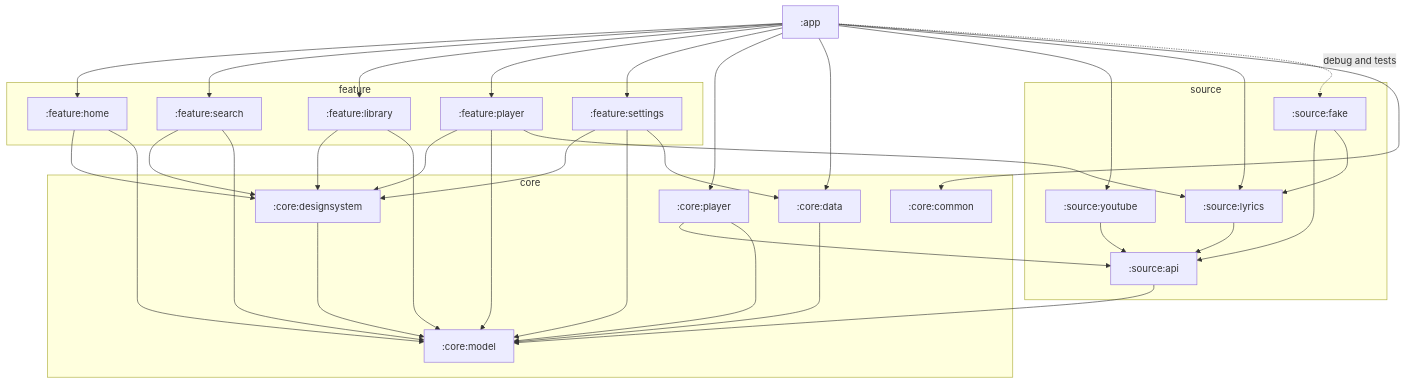
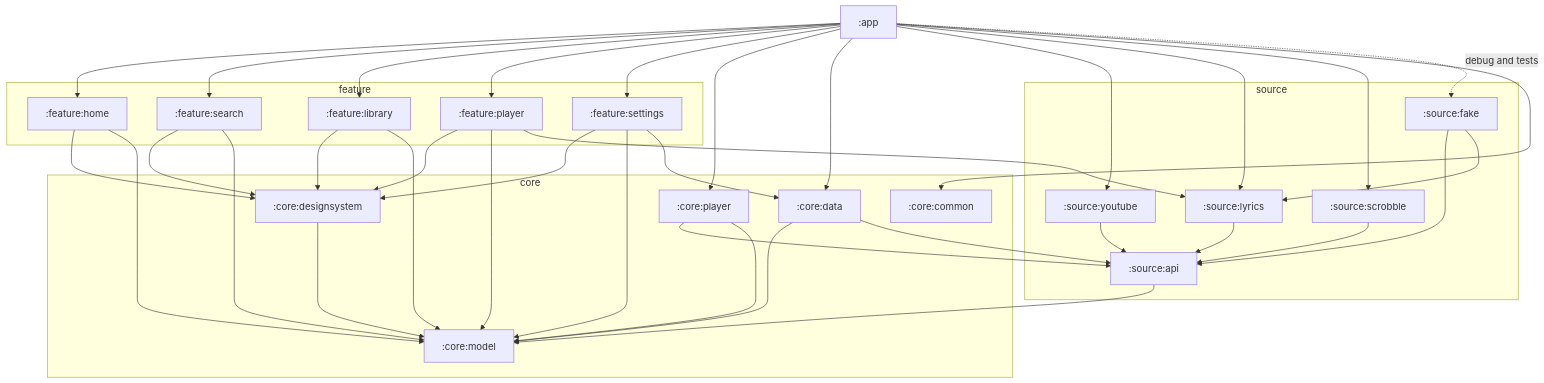
The first of 8 diagrams in docs/ARCHITECTURE.md (muhib-karim/sitara), drawn with Mermaid before and after one commit. The commit also changed other lines of this file and 19 other files, not shown here.

Commit message:
docs: polish slice 8 (scrobbling): baselines from Record screenshots 39586212491, CHANGELOG, README, PARITY, ARCHITECTURE, SKILLS_USED, report and project brain

````diff
--- a/docs/ARCHITECTURE.md
+++ b/docs/ARCHITECTURE.md
@@ -39,42 +40,45 @@
 ```mermaid
 graph TD
     app[":app"]
 
     subgraph feature
         home[":feature:home"]
         search[":feature:search"]
         library[":feature:library"]
         fplayer[":feature:player"]
         settings[":feature:settings"]
     end
 
     subgraph core
         designsystem[":core:designsystem"]
         cplayer[":core:player"]
         data[":core:data"]
         common[":core:common"]
         model[":core:model"]
     end
 
     subgraph source
         api[":source:api"]
         fake[":source:fake"]
         lyrics[":source:lyrics"]
         youtube[":source:youtube"]
+        scrobble[":source:scrobble"]
     end
 
     app --> home & search & library & fplayer & settings
-    app --> cplayer & data & youtube & lyrics & common
+    app --> cplayer & data & youtube & lyrics & scrobble & common
     app -. debug and tests .-> fake
     home & search & library & fplayer & settings --> designsystem
     home & search & library & fplayer & settings --> model
     fplayer --> lyrics
     settings --> data
     cplayer --> api & model
     data --> model
     designsystem --> model
     fake --> api & lyrics
     youtube --> api
     lyrics --> api
+    scrobble --> api
+    data --> api
     api --> model
 ```
````
